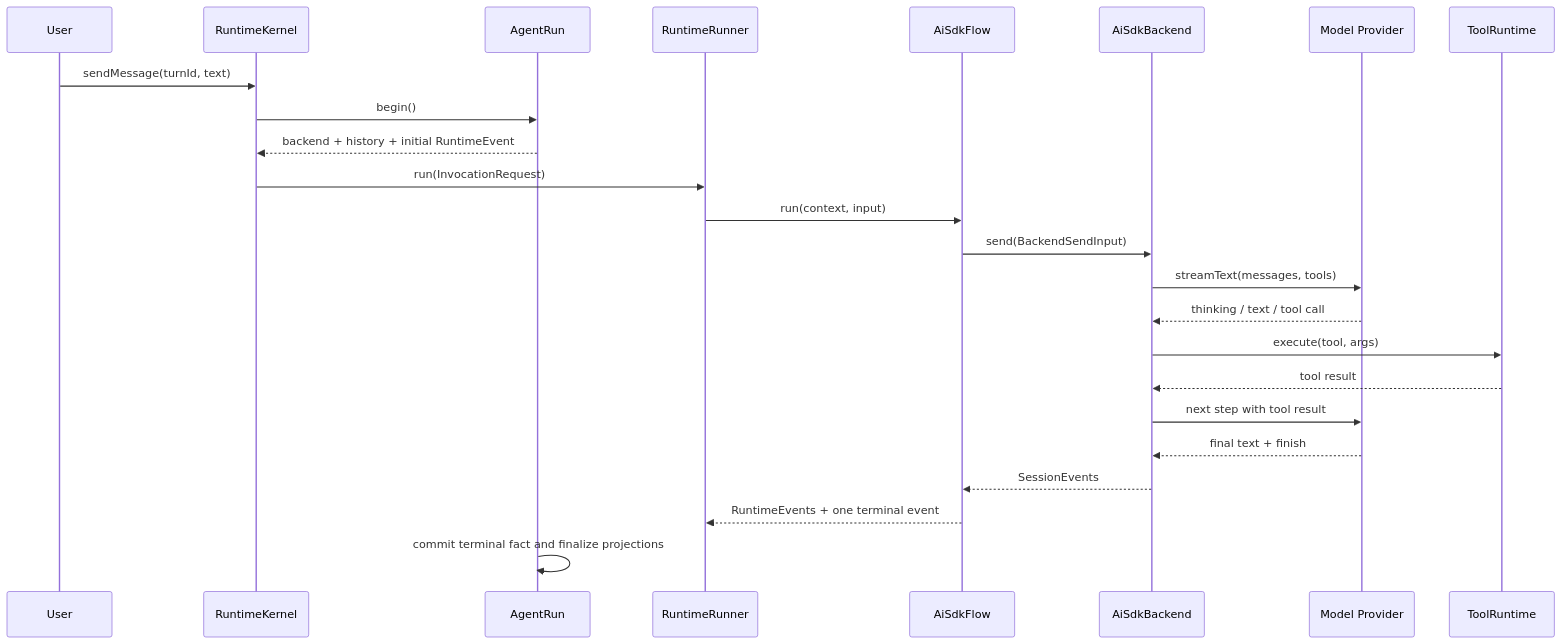
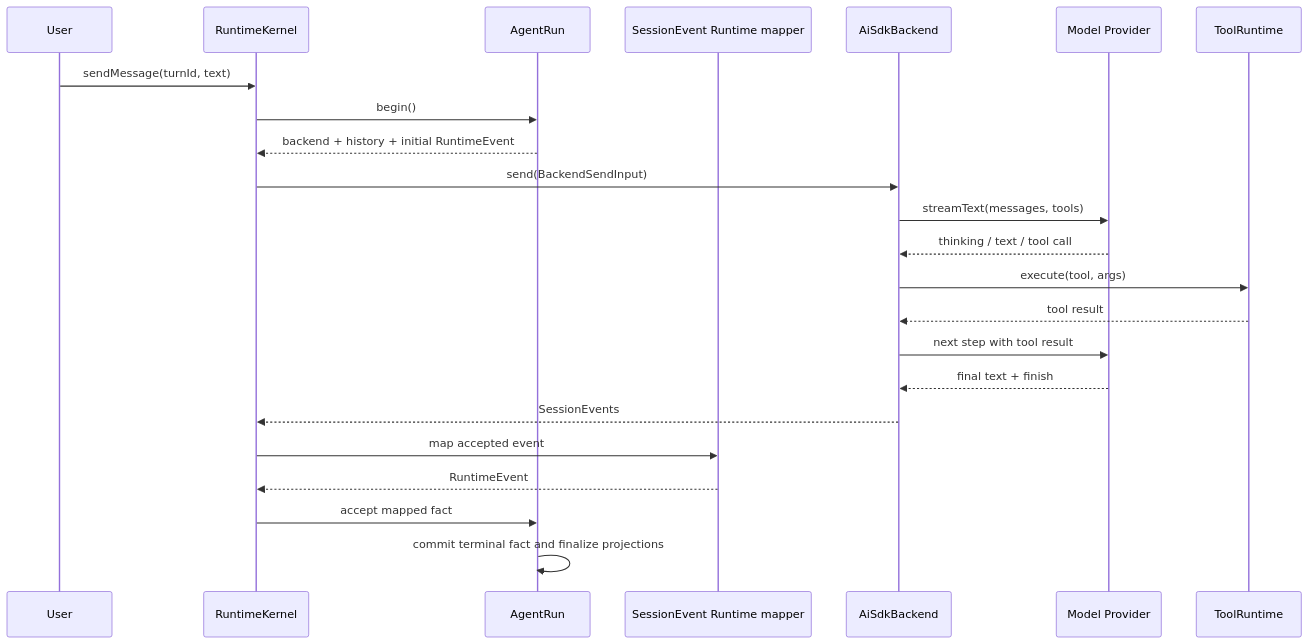
The third of 3 diagrams in docs/architecture/runtime-core-architecture-draft.md (1625567290/maka-agent), drawn with Mermaid before and after one commit. The commit also changed other lines of this file and 38 other files, not shown here.

Commit message:
refactor(runtime): collapse runner shell into kernel (#3718)

````diff
--- a/docs/architecture/runtime-core-architecture-draft.md
+++ b/docs/architecture/runtime-core-architecture-draft.md
@@ -281,27 +279,26 @@
 ```mermaid
 sequenceDiagram
     participant U as User
     participant K as RuntimeKernel
     participant R as AgentRun
-    participant RR as RuntimeRunner
-    participant F as AiSdkFlow
+    participant F as SessionEvent Runtime mapper
     participant B as AiSdkBackend
     participant M as Model Provider
     participant T as ToolRuntime
 
     U->>K: sendMessage(turnId, text)
     K->>R: begin()
     R-->>K: backend + history + initial RuntimeEvent
-    K->>RR: run(InvocationRequest)
-    RR->>F: run(context, input)
-    F->>B: send(BackendSendInput)
+    K->>B: send(BackendSendInput)
     B->>M: streamText(messages, tools)
     M-->>B: thinking / text / tool call
     B->>T: execute(tool, args)
     T-->>B: tool result
     B->>M: next step with tool result
     M-->>B: final text + finish
-    B-->>F: SessionEvents
-    F-->>RR: RuntimeEvents + one terminal event
+    B-->>K: SessionEvents
+    K->>F: map accepted event
+    F-->>K: RuntimeEvent
+    K->>R: accept mapped fact
     R->>R: commit terminal fact and finalize projections
 ```
````
